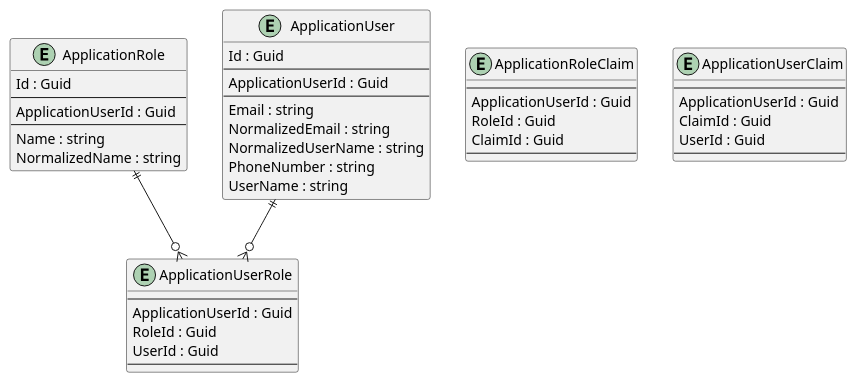
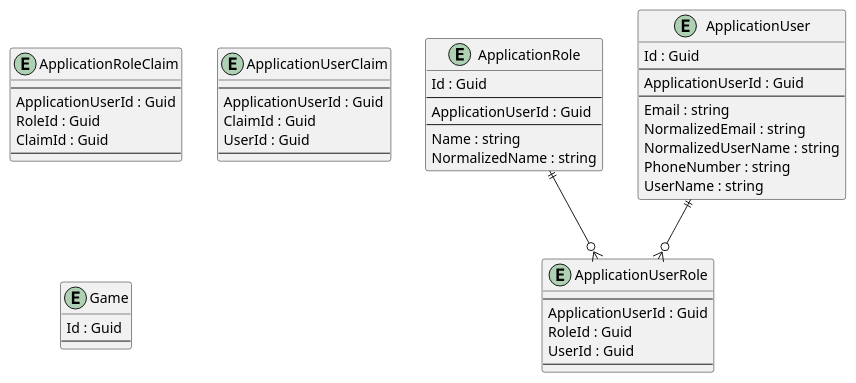
Before and after one commit to intrepion/https-www.youtube.com-watch-v-w8imy7LT9zY: the diagram in .docs/BlazorCrudDotNet8.pu, drawn with PlantUML.

Commit message:
gawk -i inplace "{ gsub(/' EntityCodePlaceholder/, \"entity Game {\n\ \ \ \ Id : Guid\n\ \ \ \ --\n\ \ \ \ ' IdCodePlaceholder--\n\ \ \ \ ' PropertyCodePlaceholder\n}\n\n' EntityCodePlaceholder\") }; { print }" .docs/BlazorCrudDotNet8.pu

```diff
--- a/.docs/BlazorCrudDotNet8.pu
+++ b/.docs/BlazorCrudDotNet8.pu
@@ -1,55 +1,62 @@
 @startuml
 
 entity ApplicationRole {
     Id : Guid
     --
     ApplicationUserId : Guid
     --
     Name : string
     NormalizedName : string
 }
 
 entity ApplicationRoleClaim {
     --
     ApplicationUserId : Guid
     RoleId : Guid
     ClaimId : Guid
     --
 }
 
 entity ApplicationUser {
     Id : Guid
     --
     ApplicationUserId : Guid
     --
     Email : string
     NormalizedEmail : string
     NormalizedUserName : string
     PhoneNumber : string
     UserName : string
 }
 
 entity ApplicationUserClaim {
     --
     ApplicationUserId : Guid
     ClaimId : Guid
     UserId : Guid
     --
 }
 
 entity ApplicationUserRole {
     --
     ApplicationUserId : Guid
     RoleId : Guid
     UserId : Guid
     --
 }
 
+entity Game {
+    Id : Guid
+    --
+    ' IdCodePlaceholder--
+    ' PropertyCodePlaceholder
+}
+
 ' EntityCodePlaceholder
 
 ApplicationRole ||--o{ ApplicationUserRole
 ApplicationUser ||--o{ ApplicationUserRole
 
 ' RelationshipCodePlaceholder
 
 @enduml
```
